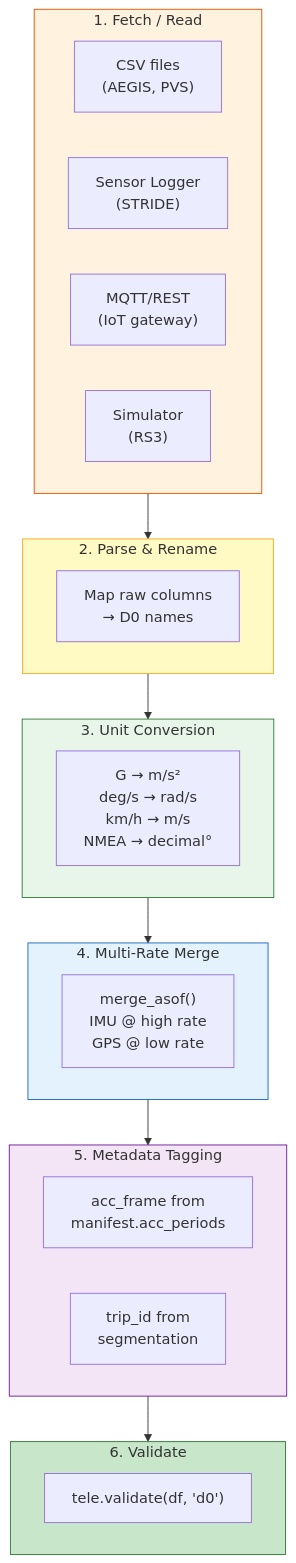
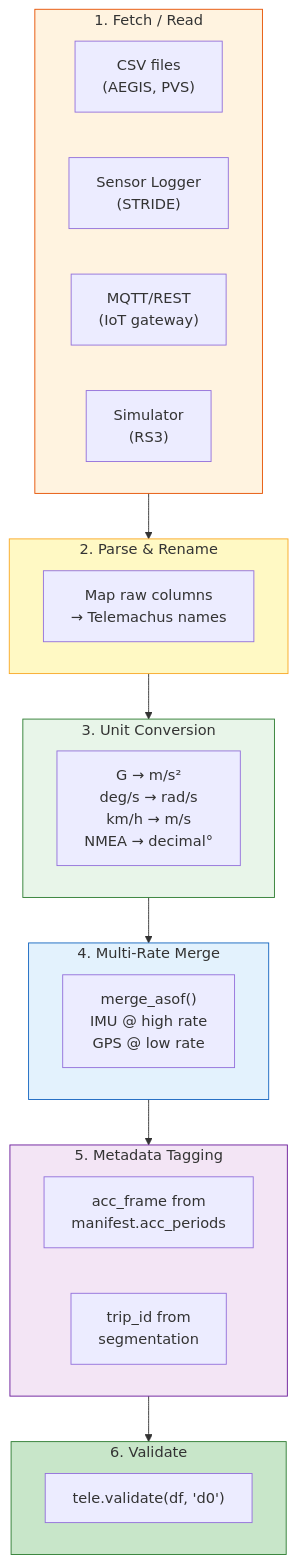
The third of 5 diagrams in spec/SPEC-03-adapters-validation.md (telemachus3/telemachus), drawn with Mermaid before and after one commit. The commit also changed other lines of this file and 3 other files, not shown here.

````diff
--- a/spec/SPEC-03-adapters-validation.md
+++ b/spec/SPEC-03-adapters-validation.md
@@ -130,39 +130,39 @@
 ```mermaid
 graph TD
     subgraph FETCH["1. Fetch / Read"]
         CSV["CSV files\n(AEGIS, PVS)"]
         SENSOR["Sensor Logger\n(STRIDE)"]
         MQTT["MQTT/REST\n(IoT gateway)"]
         SIM["Simulator\n(RS3)"]
     end
 
     subgraph PARSE["2. Parse & Rename"]
-        COL["Map raw columns\n→ D0 names"]
+        COL["Map raw columns\n→ Telemachus names"]
     end
 
     subgraph CONVERT["3. Unit Conversion"]
         UNITS["G → m/s²\ndeg/s → rad/s\nkm/h → m/s\nNMEA → decimal°"]
     end
 
     subgraph MERGE["4. Multi-Rate Merge"]
         ASOF["merge_asof()\nIMU @ high rate\nGPS @ low rate"]
     end
 
     subgraph TAG["5. Metadata Tagging"]
         FRAME["acc_frame from\nmanifest.acc_periods"]
         TRIP["trip_id from\nsegmentation"]
     end
 
     subgraph VALIDATE["6. Validate"]
         CHECK["tele.validate(df, 'd0')"]
     end
 
     FETCH --> PARSE --> CONVERT --> MERGE --> TAG --> VALIDATE
 
     style FETCH fill:#fff3e0,stroke:#e65100
     style PARSE fill:#fff9c4,stroke:#f9a825
     style CONVERT fill:#e8f5e9,stroke:#2e7d32
     style MERGE fill:#e3f2fd,stroke:#1565c0
     style TAG fill:#f3e5f5,stroke:#6a1b9a
     style VALIDATE fill:#c8e6c9,stroke:#2e7d32
 ```
````
